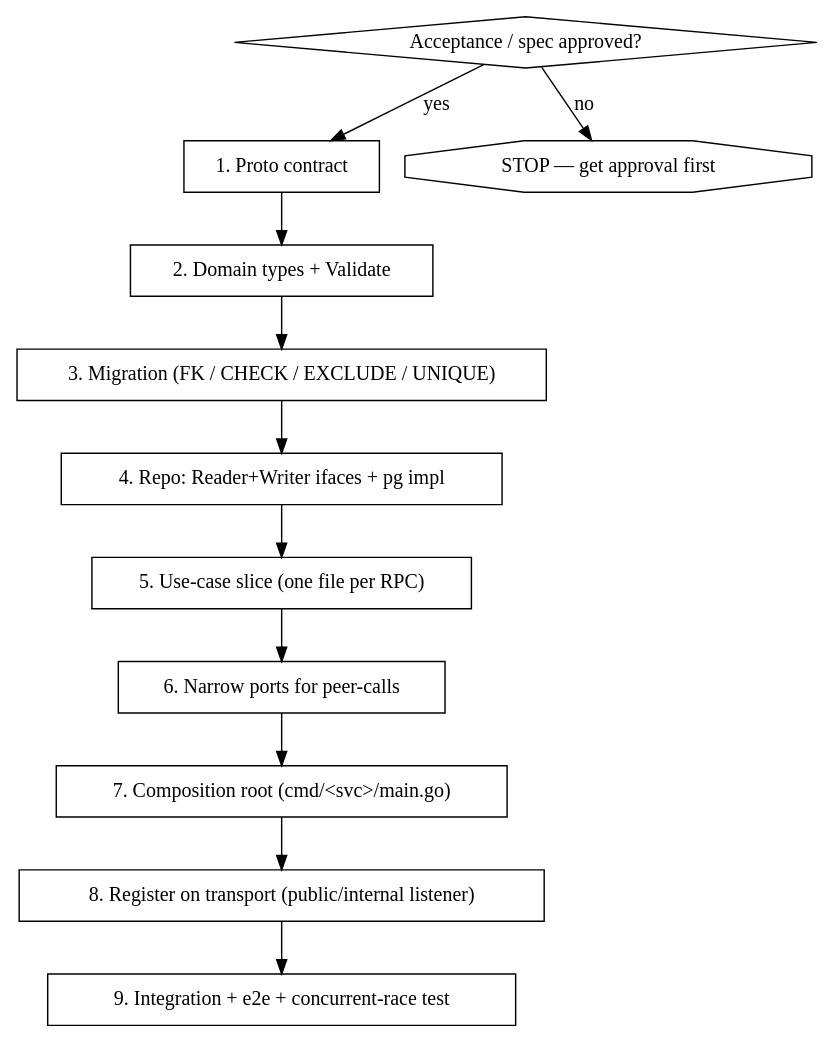
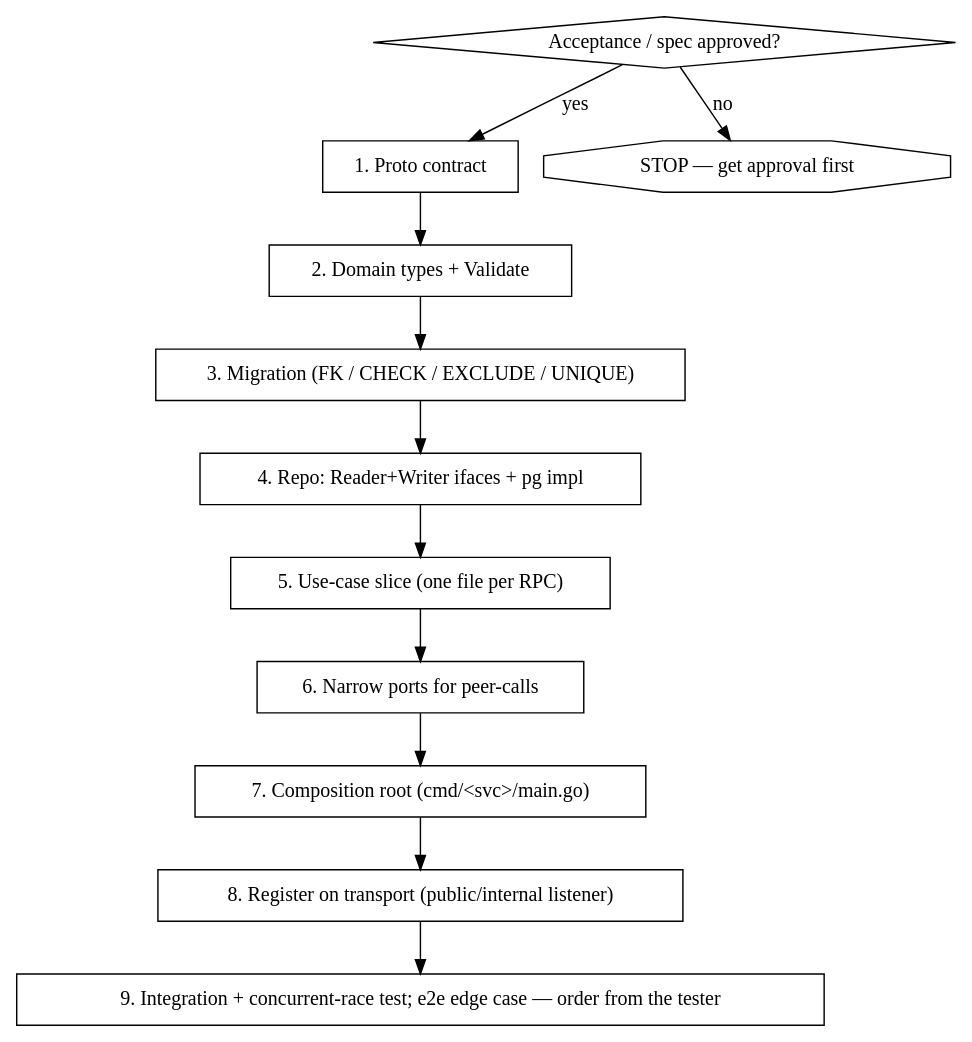
One commit to PRO-Robotech/kacho-workspace changed the diagram in .claude/skills/godzila/SKILL.md. Above: the diagram before and after it, drawn with Graphviz. The commit also changed other lines of this file and 16 other files, not shown here.

````diff
--- a/.claude/skills/godzila/SKILL.md
+++ b/.claude/skills/godzila/SKILL.md
@@ -70,19 +70,19 @@
 ```dot
 digraph workflow {
   spec        [shape=diamond, label="Acceptance / spec approved?"];
   proto       [shape=box, label="1. Proto contract"];
   domain      [shape=box, label="2. Domain types + Validate"];
   migration   [shape=box, label="3. Migration (FK / CHECK / EXCLUDE / UNIQUE)"];
   repo        [shape=box, label="4. Repo: Reader+Writer ifaces + pg impl"];
   slice       [shape=box, label="5. Use-case slice (one file per RPC)"];
   port        [shape=box, label="6. Narrow ports for peer-calls"];
   wire        [shape=box, label="7. Composition root (cmd/<svc>/main.go)"];
   expose      [shape=box, label="8. Register on transport (public/internal listener)"];
-  tests       [shape=box, label="9. Integration + e2e + concurrent-race test"];
+  tests       [shape=box, label="9. Integration + concurrent-race test; e2e edge case — order from the tester"];
   stop        [shape=octagon, label="STOP — get approval first"];
 
   spec -> stop  [label="no"];
   spec -> proto [label="yes"];
   proto -> domain -> migration -> repo -> slice -> port -> wire -> expose -> tests;
 }
 ```
````
